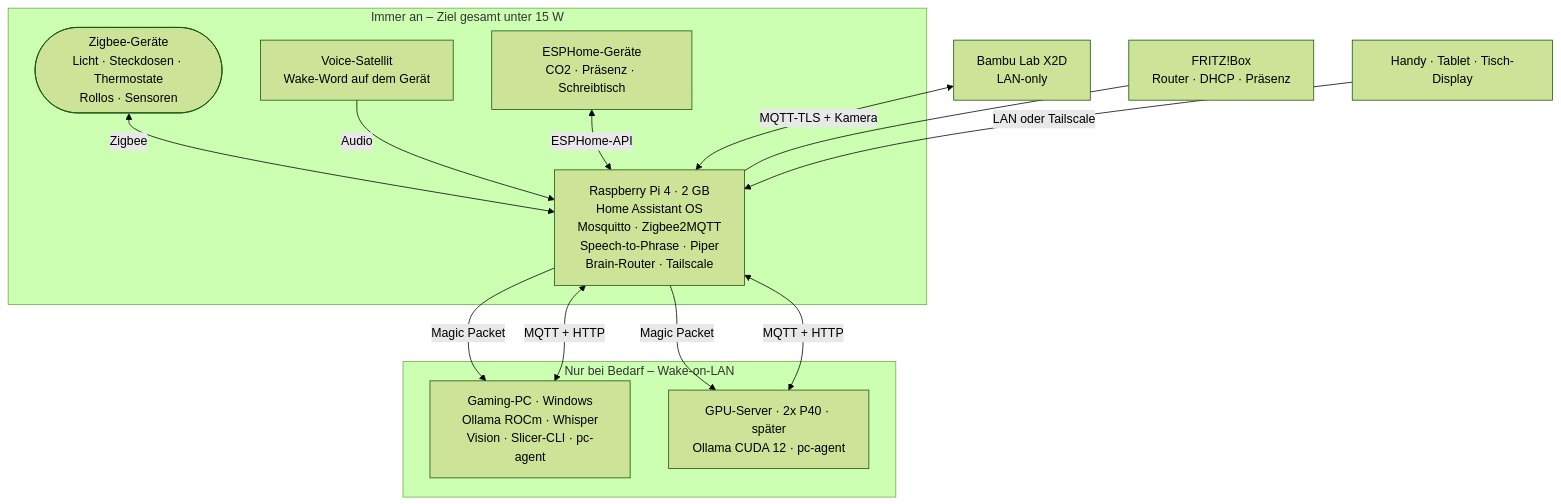
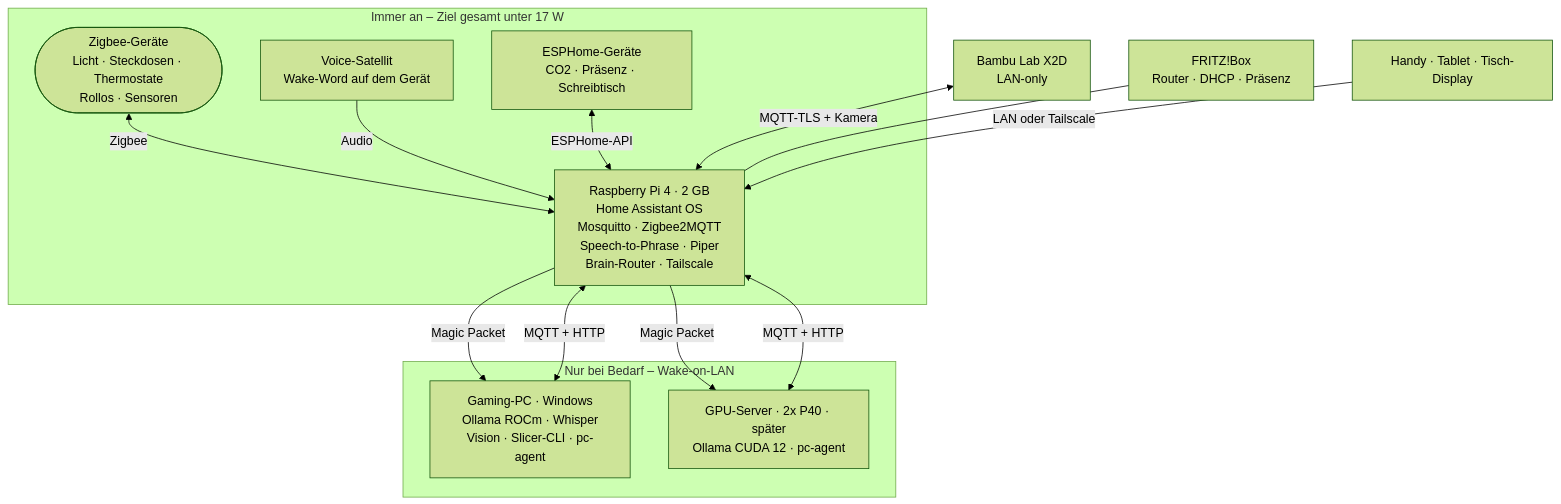
The first of 3 diagrams in smarthome-ai/docs/01-architektur.md (Samu2134213412/ai), drawn with Mermaid (forest theme) before and after one commit. The commit also changed other lines of this file and 8 other files, not shown here.

````diff
--- a/smarthome-ai/docs/01-architektur.md
+++ b/smarthome-ai/docs/01-architektur.md
@@ -5,27 +5,27 @@
 ```mermaid
 flowchart TB
-    subgraph IMMER["Immer an – Ziel gesamt unter 15 W"]
+    subgraph IMMER["Immer an – Ziel gesamt unter 17 W"]
         PI["Raspberry Pi 4 · 2 GB<br/>Home Assistant OS<br/>Mosquitto · Zigbee2MQTT<br/>Speech-to-Phrase · Piper<br/>Brain-Router · Tailscale"]
         ZB(["Zigbee-Geräte<br/>Licht · Steckdosen · Thermostate<br/>Rollos · Sensoren"])
         SAT["Voice-Satellit<br/>Wake-Word auf dem Gerät"]
         ESP["ESPHome-Geräte<br/>CO2 · Präsenz · Schreibtisch"]
     end
     subgraph BEDARF["Nur bei Bedarf – Wake-on-LAN"]
         PC["Gaming-PC · Windows<br/>Ollama ROCm · Whisper<br/>Vision · Slicer-CLI · pc-agent"]
         SRV["GPU-Server · 2x P40 · später<br/>Ollama CUDA 12 · pc-agent"]
     end
     FB["FRITZ!Box<br/>Router · DHCP · Präsenz"]
     X2D["Bambu Lab X2D<br/>LAN-only"]
     CLIENT["Handy · Tablet · Tisch-Display"]
 
     ZB <-->|Zigbee| PI
     SAT -->|Audio| PI
     ESP <-->|ESPHome-API| PI
     PI -->|Magic Packet| PC
     PI -->|Magic Packet| SRV
     PI <-->|MQTT + HTTP| PC
     PI <-->|MQTT + HTTP| SRV
     X2D <-->|MQTT-TLS + Kamera| PI
     FB --- PI
     CLIENT -->|LAN oder Tailscale| PI
 ```
````
